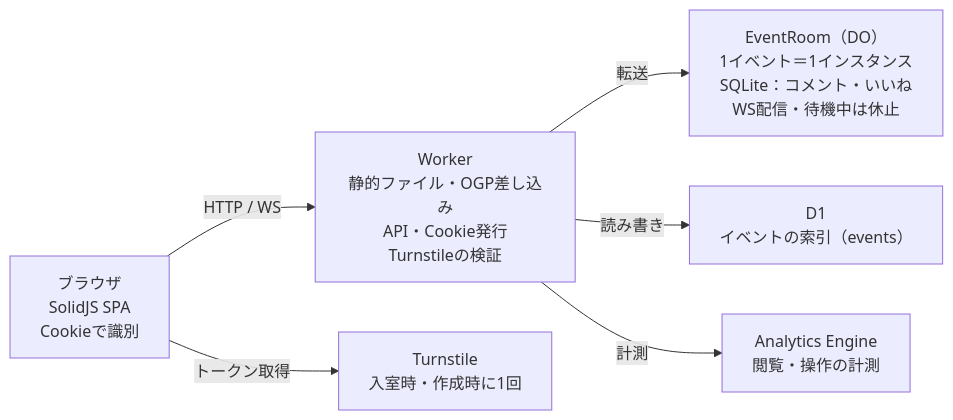
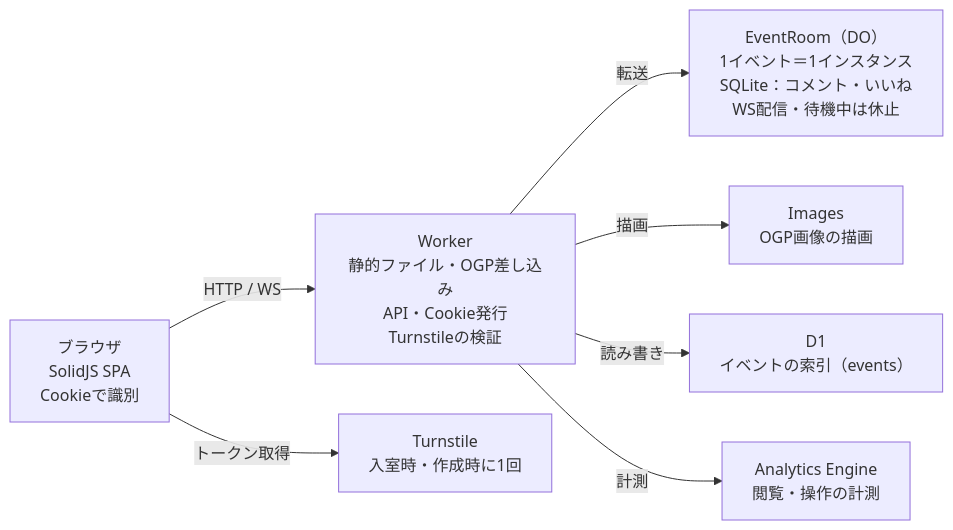
Before and after one commit to mather/leaction3: the diagram in docs/architecture.md, drawn with Mermaid. The commit also changed other lines of this file and 17 other files, not shown here.

````diff
--- a/docs/architecture.md
+++ b/docs/architecture.md
@@ -7,14 +7,16 @@
 ```mermaid
 flowchart LR
   B["ブラウザ<br/>SolidJS SPA<br/>Cookieで識別"]
   W["Worker<br/>静的ファイル・OGP差し込み<br/>API・Cookie発行<br/>Turnstileの検証"]
   R["EventRoom（DO）<br/>1イベント＝1インスタンス<br/>SQLite：コメント・いいね<br/>WS配信・待機中は休止"]
   T["Turnstile<br/>入室時・作成時に1回"]
   D["D1<br/>イベントの索引（events）"]
   E["Analytics Engine<br/>閲覧・操作の計測"]
+  I["Images<br/>OGP画像の描画"]
   B -- "HTTP / WS" --> W
   W -- "転送" --> R
+  W -- "描画" --> I
   B -- "トークン取得" --> T
   W -- "読み書き" --> D
   W -- "計測" --> E
 ```
````
